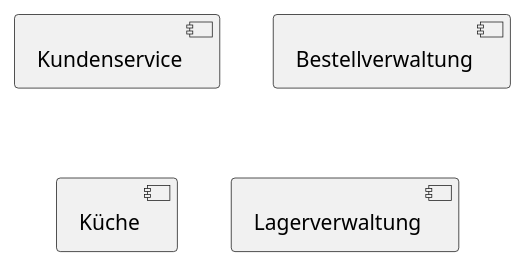
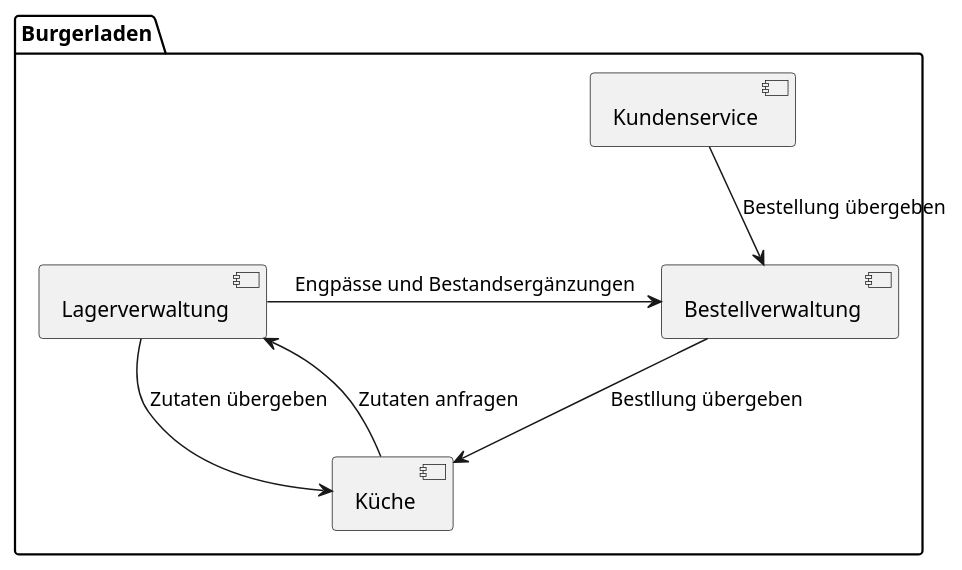
Before and after one commit to etdm68/Hausuebung2: the first of 2 diagrams in PikachuBurgerladen.puml, drawn with PlantUML. The commit also changed other lines of this file, not shown here.

```diff
--- a/PikachuBurgerladen.puml
+++ b/PikachuBurgerladen.puml
@@ -1,10 +1,17 @@
 @startuml
 'https://plantuml.com/sequence-diagram
 
-[Kundenservice] as Pikachu
-[Bestellverwaltung] as Hoothoot
-[Küche] as Glumanda
-[Lagerverwaltung] as Enton
+package "Burgerladen"{
+    [Kundenservice] as Pikachu
+    [Bestellverwaltung] as Hoothoot
+    [Küche] as Glumanda
+    [Lagerverwaltung] as Enton
+}
 
+Pikachu --> Hoothoot : Bestellung übergeben
+Hoothoot --> Glumanda : Bestllung übergeben
+Enton --> Glumanda : Zutaten übergeben
+Glumanda --> Enton : Zutaten anfragen
+Enton -> Hoothoot : Engpässe und Bestandsergänzungen
 
 @enduml
```
